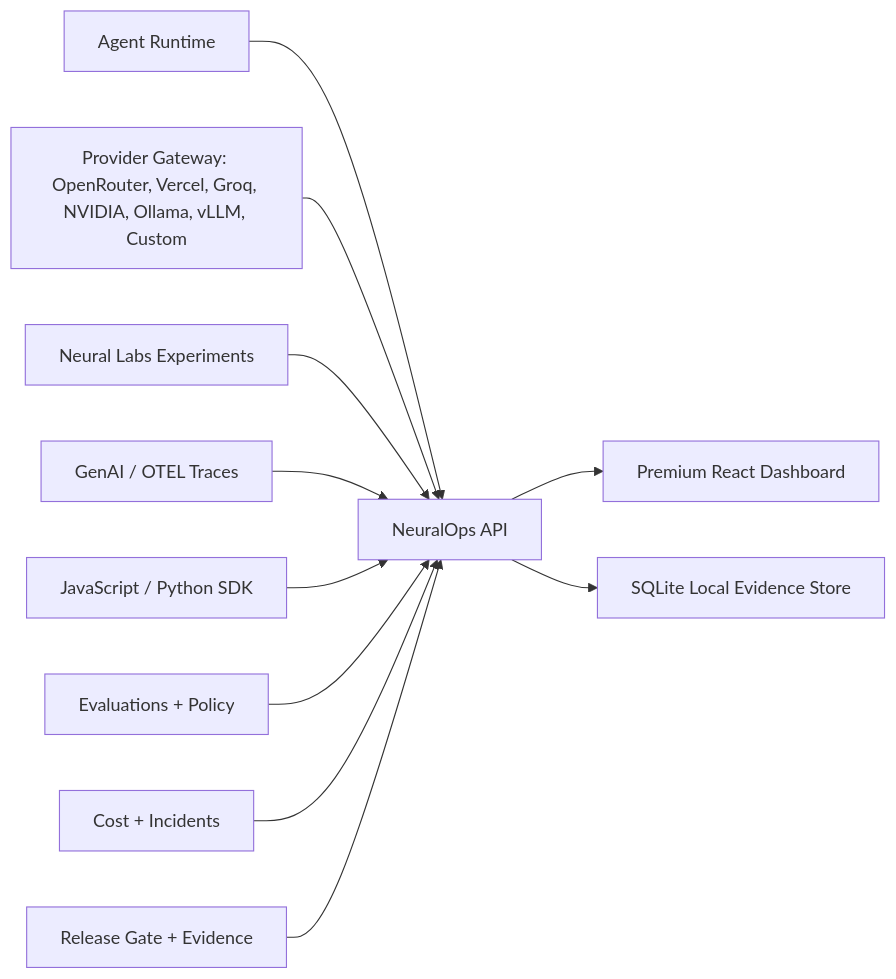
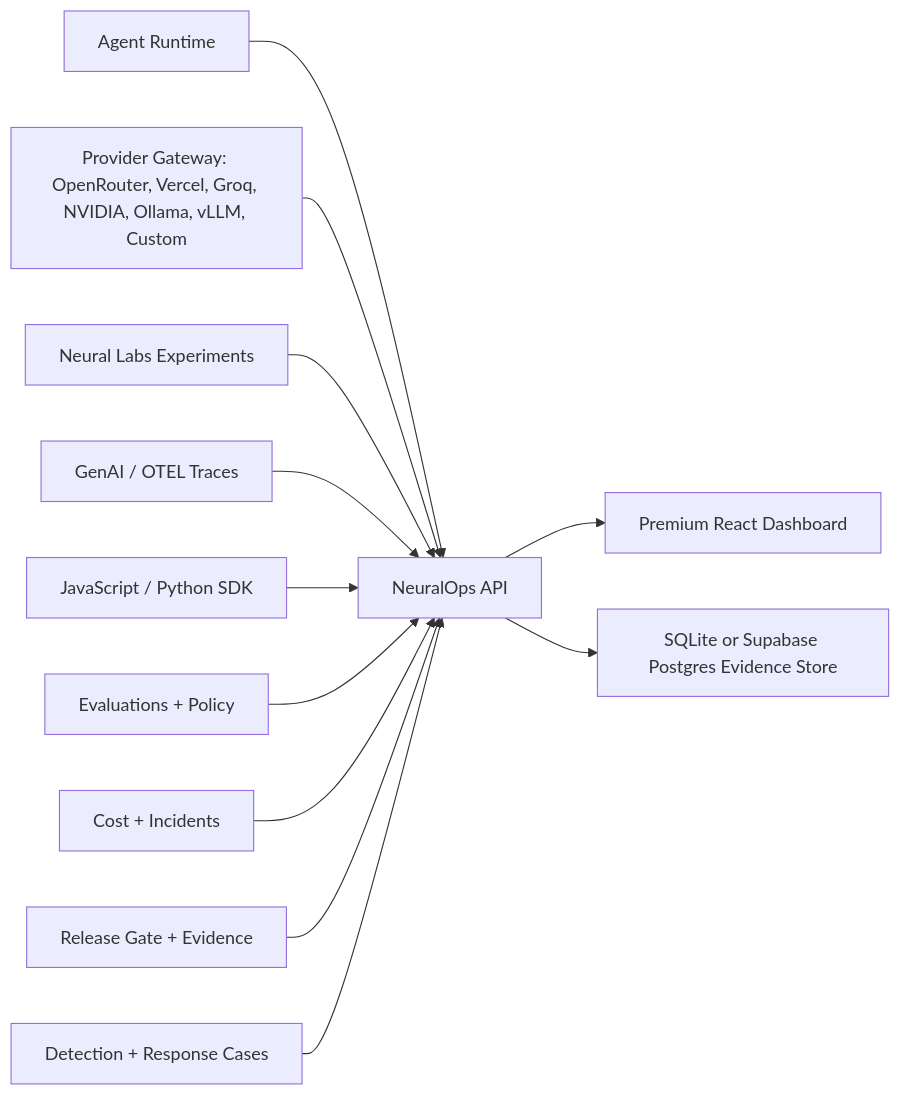
The diagram in README.md (Gowrav-M/neuralops-platform), drawn with Mermaid before and after one commit. The commit also changed other lines of this file and 9 other files, not shown here.

Commit message:
feat: add agent detection response center

````diff
--- a/README.md
+++ b/README.md
@@ -23,13 +23,14 @@
 ```mermaid
 flowchart LR
   A["Agent Runtime"] --> F["NeuralOps API"]
   B["Provider Gateway: OpenRouter, Vercel, Groq, NVIDIA, Ollama, vLLM, Custom"] --> F
   C["Neural Labs Experiments"] --> F
   D["GenAI / OTEL Traces"] --> F
   K["JavaScript / Python SDK"] --> F
   E["Evaluations + Policy"] --> F
   I["Cost + Incidents"] --> F
   J["Release Gate + Evidence"] --> F
+  L["Detection + Response Cases"] --> F
   F --> G["Premium React Dashboard"]
-  F --> H["SQLite Local Evidence Store"]
+  F --> H["SQLite or Supabase Postgres Evidence Store"]
 ```
````
